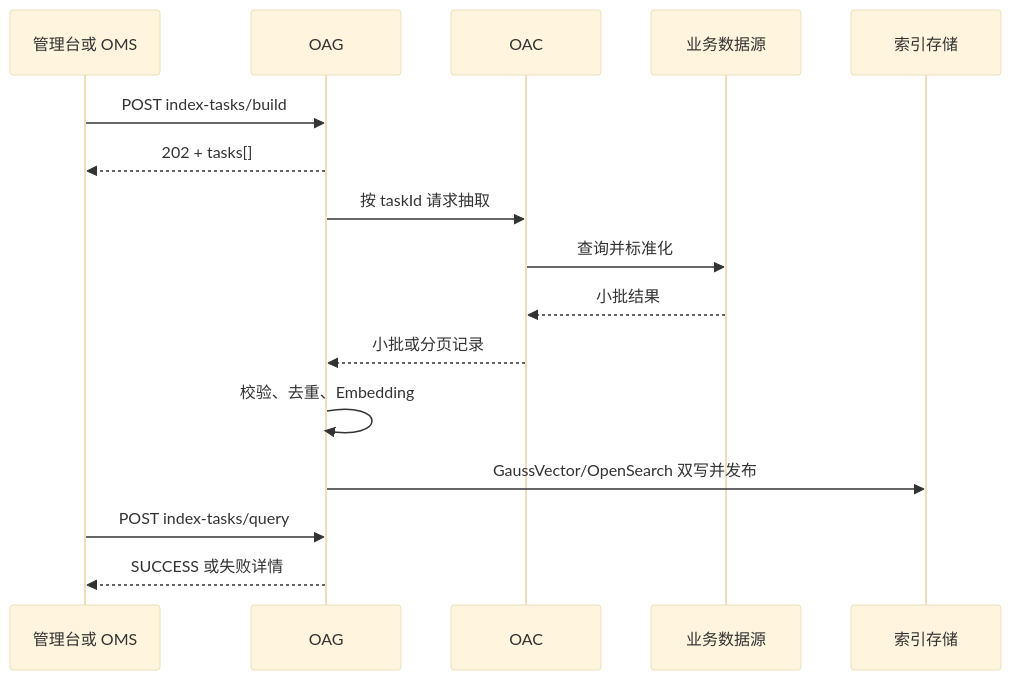
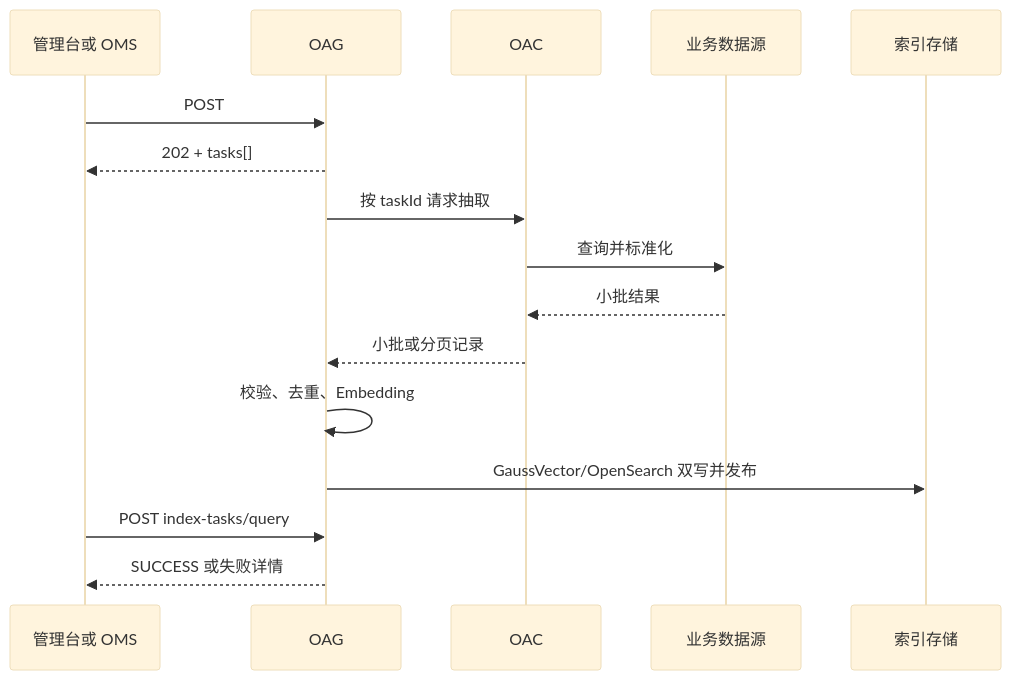
The fourth of 7 diagrams in docs/OAG本体锚点语义检索与向量索引设计方案.md (cfwl100/onology_dsl), drawn with Mermaid (base theme) before and after one commit. The commit also changed other lines of this file, not shown here.

````diff
--- a/docs/OAG本体锚点语义检索与向量索引设计方案.md
+++ b/docs/OAG本体锚点语义检索与向量索引设计方案.md
@@ -1621,19 +2020,19 @@
 ```mermaid
 sequenceDiagram
     participant C as 管理台或 OMS
     participant G as OAG
     participant A as OAC
     participant S as 业务数据源
     participant I as 索引存储
 
-    C->>G: POST index-tasks/build
+    C->>G: POST 
     G-->>C: 202 + tasks[]
     G->>A: 按 taskId 请求抽取
     A->>S: 查询并标准化
     S-->>A: 小批结果
     A-->>G: 小批或分页记录
     G->>G: 校验、去重、Embedding
     G->>I: GaussVector/OpenSearch 双写并发布
     C->>G: POST index-tasks/query
     G-->>C: SUCCESS 或失败详情
 ```
````
